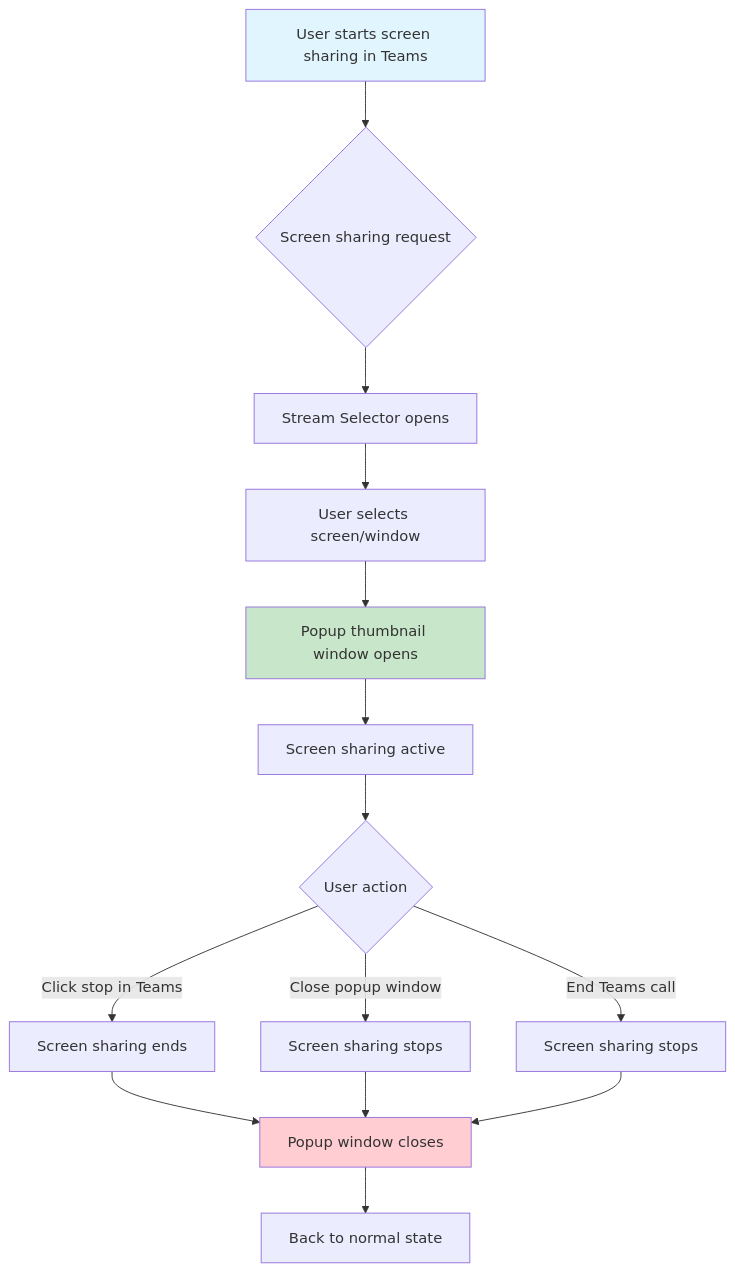
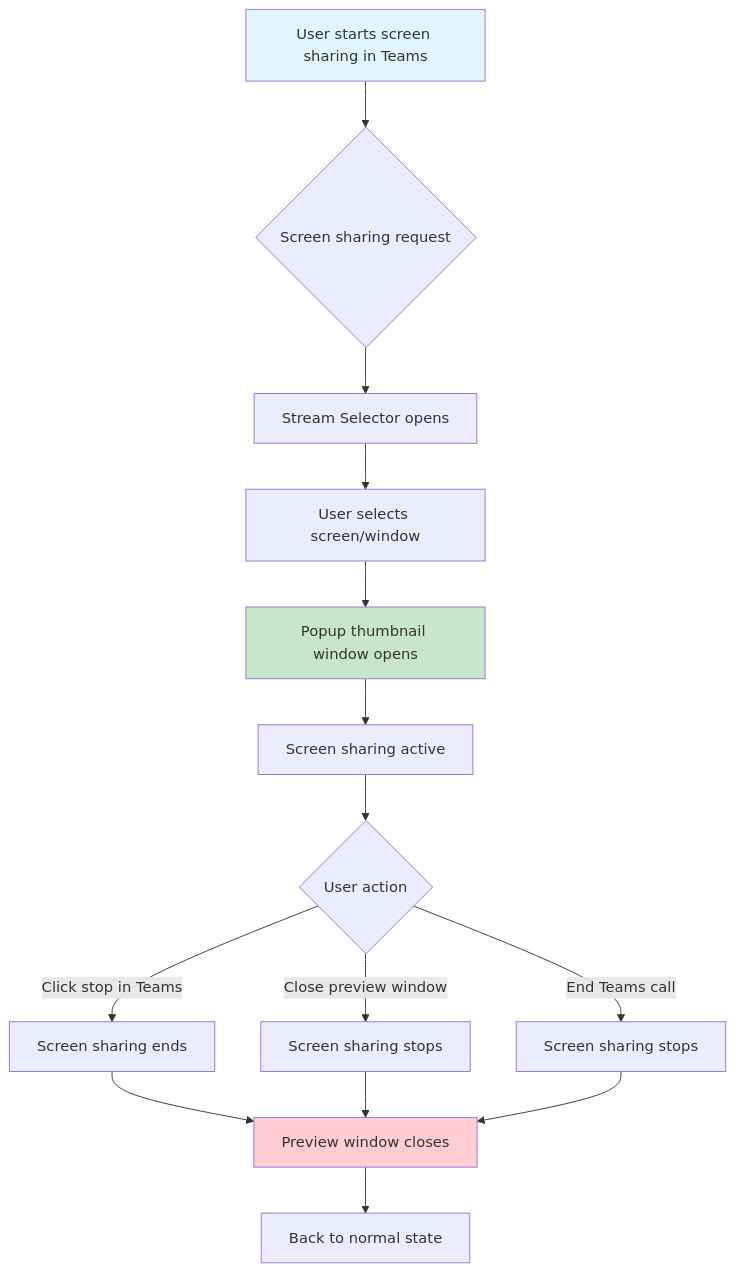
Before and after one commit to IsmaelMartinez/teams-for-linux: the first of 4 diagrams in docs/screen-sharing.md, drawn with Mermaid. The commit also changed other lines of this file and 18 other files, not shown here.

First line of the commit message:
refactor: complete screen sharing module with alwaysOnTop support

````diff
--- a/docs/screen-sharing.md
+++ b/docs/screen-sharing.md
@@ -9,22 +9,22 @@
 ```mermaid
 flowchart TD
     A[User starts screen sharing in Teams] --> B{Screen sharing request}
     B --> C[Stream Selector opens]
     C --> D[User selects screen/window]
     D --> E[Popup thumbnail window opens]
     E --> F[Screen sharing active]
     F --> G{User action}
     
     G -->|Click stop in Teams| H[Screen sharing ends]
-    G -->|Close popup window| I[Screen sharing stops]
+    G -->|Close preview window| I[Screen sharing stops]
     G -->|End Teams call| J[Screen sharing stops]
     
-    H --> K[Popup window closes]
+    H --> K[Preview window closes]
     I --> K
     J --> K
     K --> L[Back to normal state]
     
     style A fill:#e1f5fe
     style E fill:#c8e6c9
     style K fill:#ffcdd2
 ```
````
